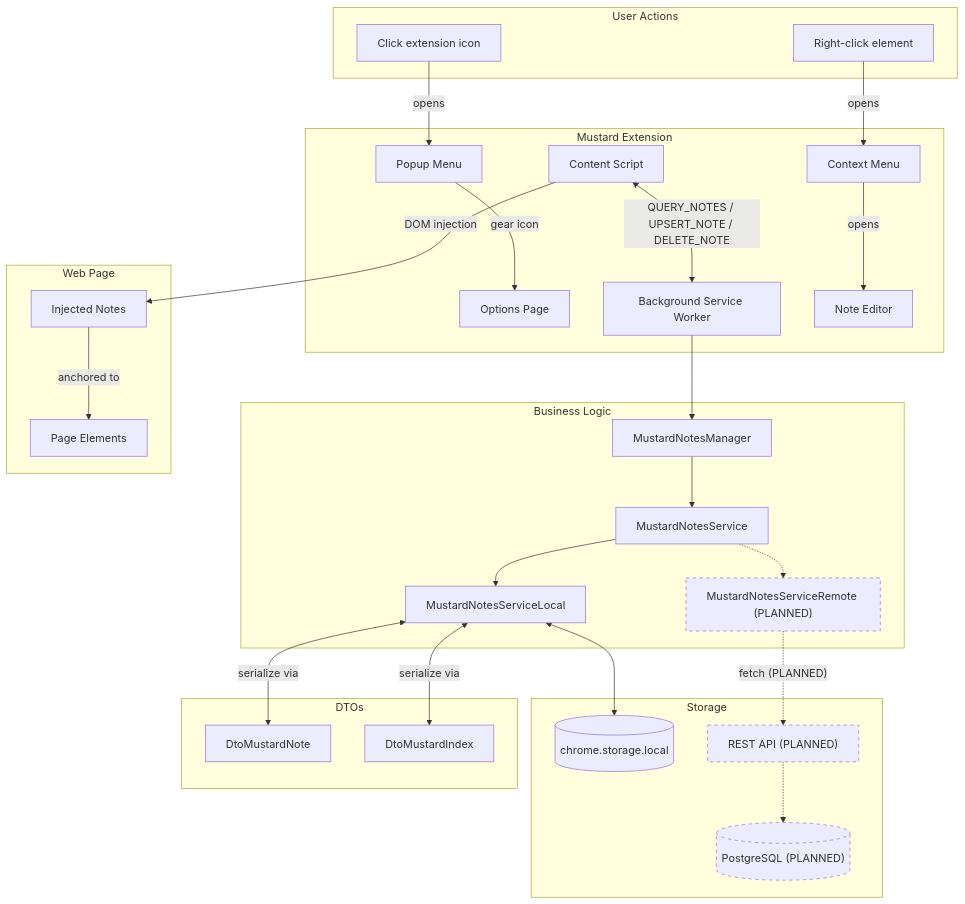
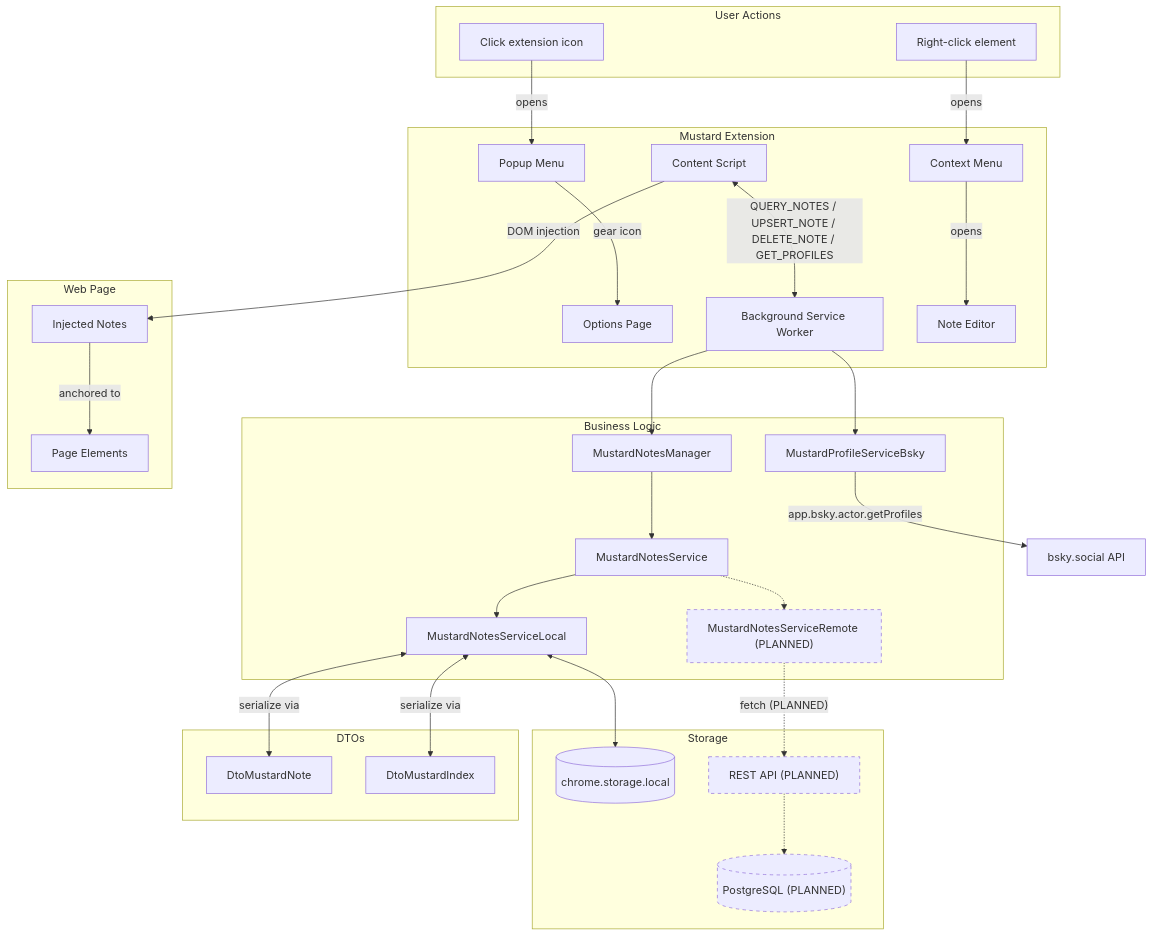
The first of 2 diagrams in PROGRESS.md (fettstorch/mustard), drawn with Mermaid before and after one commit. The commit also changed other lines of this file and 7 other files, not shown here.

First line of the commit message:
feat: centralize profile fetching in service worker with bulk API

````diff
--- a/PROGRESS.md
+++ b/PROGRESS.md
@@ -7,64 +7,67 @@
 ```mermaid
 flowchart TB
     subgraph User["User Actions"]
         Click["Click extension icon"]
         RightClick["Right-click element"]
     end
 
     subgraph Extension["Mustard Extension"]
         Popup["Popup Menu"]
         Options["Options Page"]
         BG["Background Service Worker"]
         CS["Content Script"]
         CtxMenu["Context Menu"]
         NoteEditor["Note Editor"]
     end
 
     subgraph Business["Business Logic"]
         Manager["MustardNotesManager"]
         ServiceInterface["MustardNotesService"]
         LocalService["MustardNotesServiceLocal"]
         RemoteService["MustardNotesServiceRemote (PLANNED)"]
+        ProfileService["MustardProfileServiceBsky"]
     end
 
     subgraph Storage["Storage"]
         ChromeStorage[("chrome.storage.local")]
         API["REST API (PLANNED)"]
         DB[("PostgreSQL (PLANNED)")]
     end
 
     subgraph DTOs["DTOs"]
         DtoNote["DtoMustardNote"]
         DtoIndex["DtoMustardIndex"]
     end
 
     subgraph Page["Web Page"]
         Elements["Page Elements"]
         Notes["Injected Notes"]
     end
 
     Click -->|"opens"| Popup
     Popup -->|"gear icon"| Options
     RightClick -->|"opens"| CtxMenu
     CtxMenu -->|"opens"| NoteEditor
 
-    CS <-->|"QUERY_NOTES / UPSERT_NOTE / DELETE_NOTE"| BG
+    CS <-->|"QUERY_NOTES / UPSERT_NOTE / DELETE_NOTE / GET_PROFILES"| BG
     BG --> Manager
+    BG --> ProfileService
+    ProfileService -->|"app.bsky.actor.getProfiles"| BSkyAPI["bsky.social API"]
     Manager --> ServiceInterface
     ServiceInterface --> LocalService
     ServiceInterface -.-> RemoteService
 
     LocalService <-->|"serialize via"| DtoNote
     LocalService <-->|"serialize via"| DtoIndex
     LocalService <--> ChromeStorage
 
     RemoteService -.->|"fetch (PLANNED)"| API
     API -.-> DB
 
     CS -->|"DOM injection"| Notes
     Notes -->|"anchored to"| Elements
 
     style RemoteService stroke-dasharray: 5 5
     style API stroke-dasharray: 5 5
     style DB stroke-dasharray: 5 5
 ```
````
